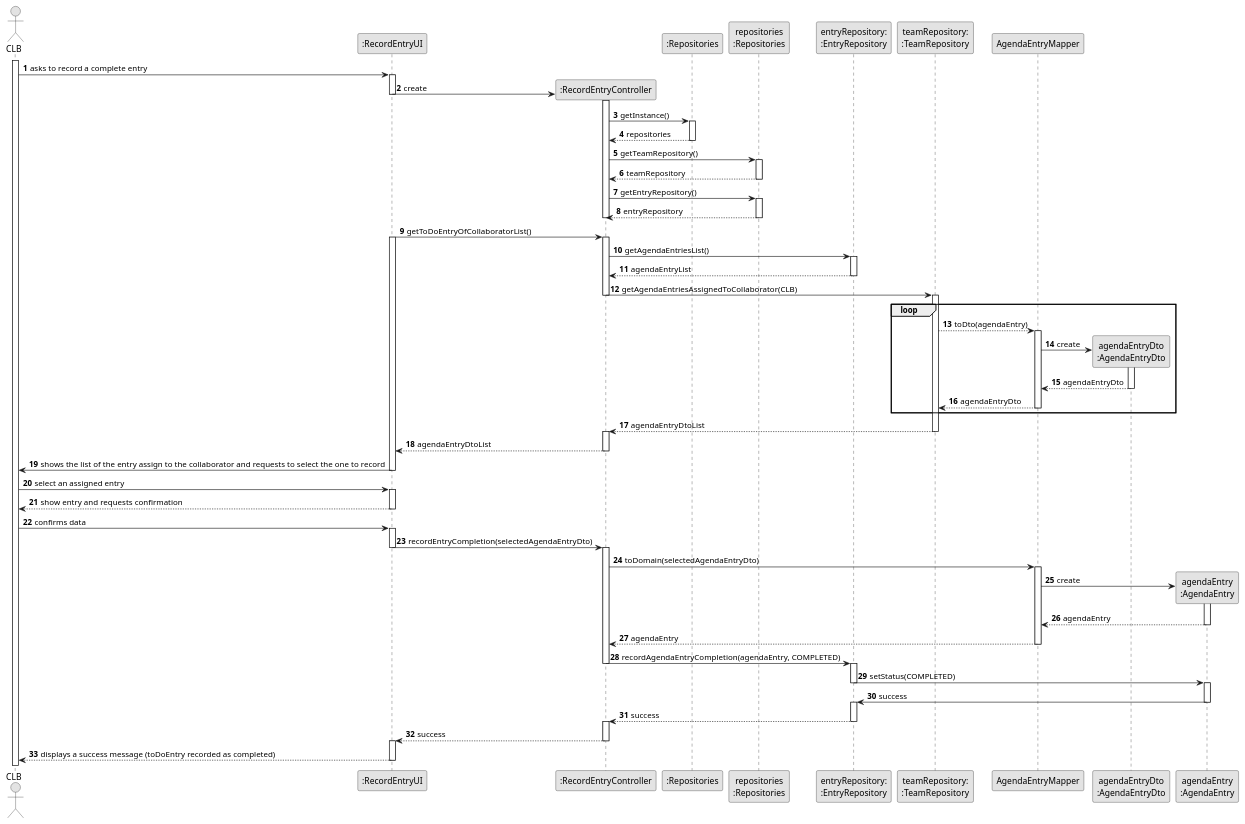
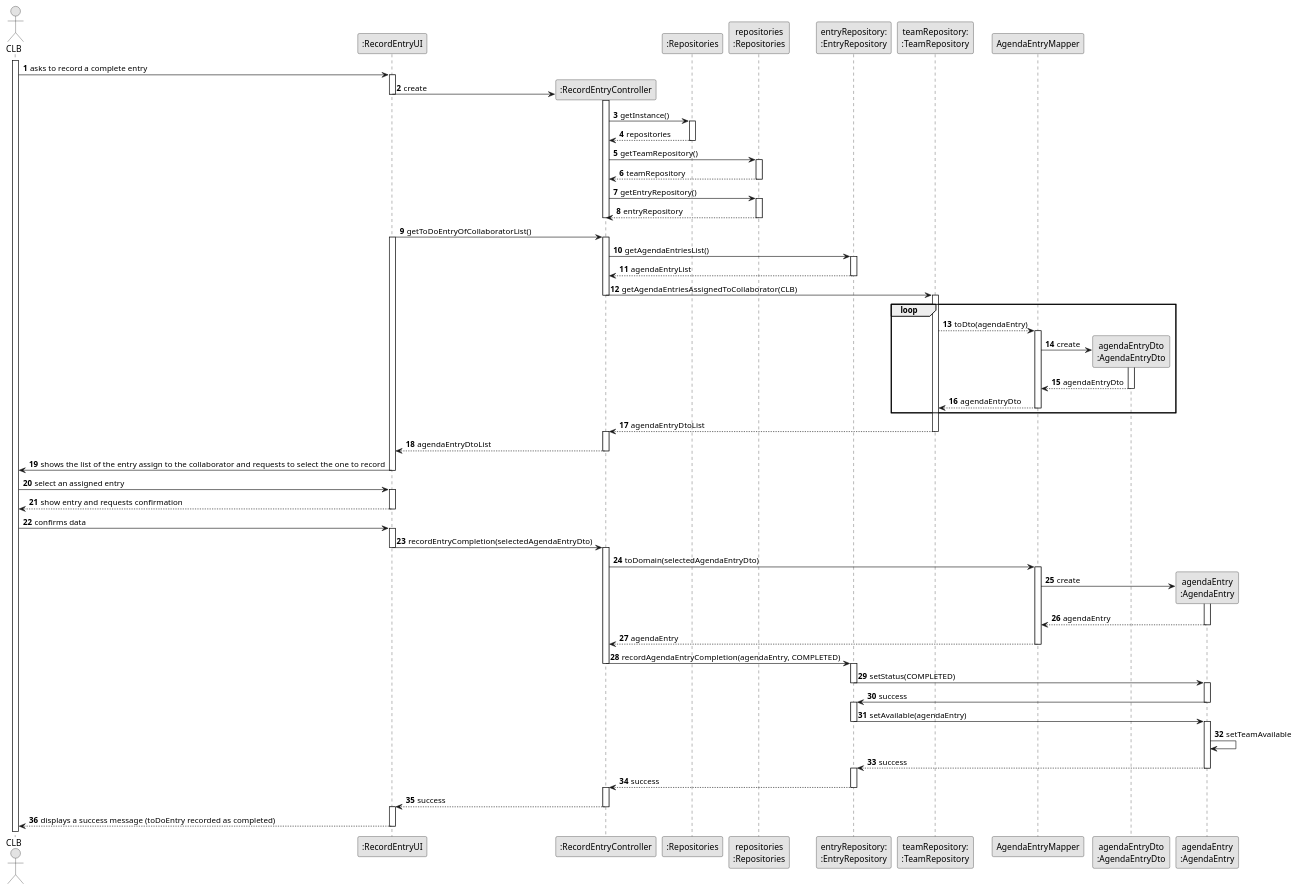
Before and after one commit to ricardomm7/leaflink: the diagram in docs/sprintC/us029/03.design/puml/us029-sequence-diagram-full.puml, drawn with PlantUML. The commit also changed 10 other files, not shown here.

```diff
--- a/docs/sprintC/us029/03.design/puml/us029-sequence-diagram-full.puml
+++ b/docs/sprintC/us029/03.design/puml/us029-sequence-diagram-full.puml
@@ -1,135 +1,146 @@
 @startuml
 skinparam monochrome true
 skinparam packageStyle rectangle
 skinparam shadowing false
 
 autonumber
 
 actor "CLB" as CLB
 participant ":RecordEntryUI" as UI
 participant ":RecordEntryController" as CTRL
 participant ":Repositories" as RepositorySingleton
 participant "repositories\n:Repositories" as PLAT
 participant "entryRepository:\n:EntryRepository" as EntryRepo
 participant "teamRepository:\n:TeamRepository" as TeamRepo
 participant "AgendaEntryMapper" as EntryMapper
 participant "agendaEntryDto\n:AgendaEntryDto" as EntryDto
 participant "agendaEntry\n:AgendaEntry" as AgendaEntry
 
 
 activate CLB
 
     CLB -> UI : asks to record a complete entry
     activate UI
 
         UI -> CTRL** : create
         deactivate UI
         activate CTRL
 
             CTRL -> RepositorySingleton: getInstance()
             activate RepositorySingleton
 
                 RepositorySingleton --> CTRL: repositories
             deactivate RepositorySingleton
 
             CTRL -> PLAT : getTeamRepository()
             activate PLAT
 
                 PLAT --> CTRL: teamRepository
             deactivate PLAT
 
             CTRL -> PLAT : getEntryRepository()
             activate PLAT
 
                 PLAT --> CTRL: entryRepository
             deactivate PLAT
 
 
         deactivate CTRL
 
         UI -> CTRL: getToDoEntryOfCollaboratorList()
         activate UI
         activate CTRL
 
             CTRL -> EntryRepo: getAgendaEntriesList()
             activate EntryRepo
 
             EntryRepo --> CTRL: agendaEntryList
             deactivate EntryRepo
 
             CTRL -> TeamRepo: getAgendaEntriesAssignedToCollaborator(CLB)
             deactivate CTRL
             activate TeamRepo
 
             loop
                 TeamRepo --> EntryMapper: toDto(agendaEntry)
                 activate EntryMapper
 
                     EntryMapper -> EntryDto** : create
                     activate EntryDto
 
                     EntryDto --> EntryMapper : agendaEntryDto
                     deactivate EntryDto
 
                 EntryMapper --> TeamRepo: agendaEntryDto
                 deactivate EntryMapper
             end
                 TeamRepo --> CTRL: agendaEntryDtoList
             deactivate TeamRepo
         activate CTRL
 
         CTRL --> UI : agendaEntryDtoList
         deactivate CTRL
 
         UI -> CLB : shows the list of the entry assign to the collaborator and requests to select the one to record
     deactivate UI
 
     CLB -> UI : select an assigned entry
     activate UI
 
         UI --> CLB : show entry and requests confirmation
     deactivate UI
 
     CLB -> UI : confirms data
     activate UI
 
         UI -> CTRL : recordEntryCompletion(selectedAgendaEntryDto)
         deactivate UI
         activate CTRL
 
             CTRL -> EntryMapper : toDomain(selectedAgendaEntryDto)
             activate EntryMapper
 
                 EntryMapper -> AgendaEntry** : create
                 activate AgendaEntry
 
                 AgendaEntry --> EntryMapper : agendaEntry
                 deactivate AgendaEntry
 
                 EntryMapper --> CTRL : agendaEntry
             deactivate EntryMapper
 
             CTRL -> EntryRepo : recordAgendaEntryCompletion(agendaEntry, COMPLETED)
             deactivate CTRL
             activate EntryRepo
 
                 EntryRepo -> AgendaEntry : setStatus(COMPLETED)
                 deactivate EntryRepo
                 activate AgendaEntry
 
                 AgendaEntry -> EntryRepo : success
                 deactivate AgendaEntry
                 activate EntryRepo
 
+                EntryRepo -> AgendaEntry : setAvailable(agendaEntry)
+                deactivate EntryRepo
+                activate AgendaEntry
+
+                AgendaEntry -> AgendaEntry : setTeamAvailable
+
+                AgendaEntry --> EntryRepo : success
+                deactivate AgendaEntry
+
+                activate EntryRepo
+
             EntryRepo --> CTRL : success
             deactivate EntryRepo
             activate CTRL
 
             CTRL --> UI : success
         deactivate CTRL
         activate UI
 
         UI --> CLB : displays a success message (toDoEntry recorded as completed)
     deactivate UI
 
 @enduml
```
